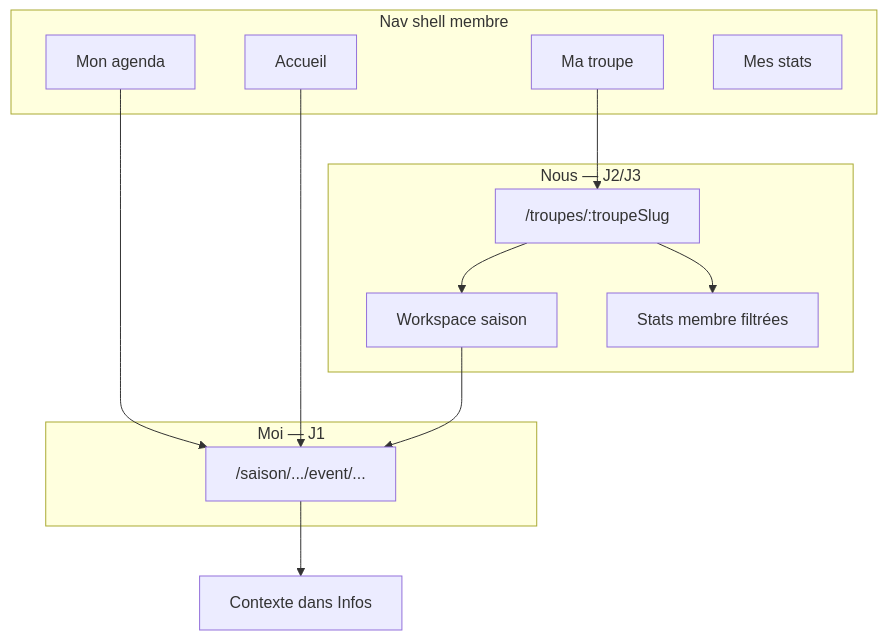
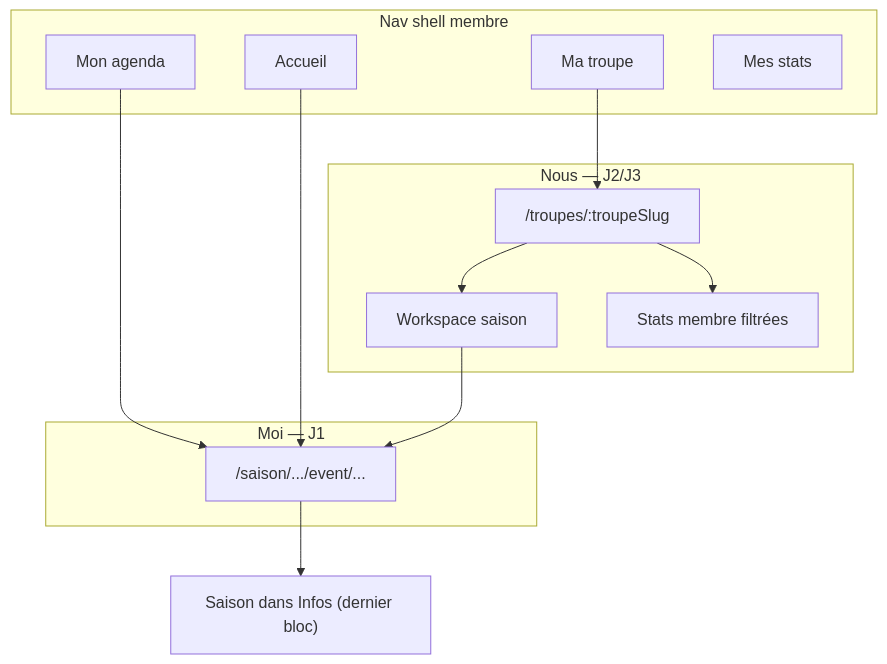
One commit to plamarque/hatcast changed the diagram in _bmad-output/planning-artifacts/ux-design-ma-troupe-hub.md. Above: the diagram before and after it, drawn with Mermaid. The commit also changed other lines of this file and 31 other files, not shown here.

````diff
--- a/_bmad-output/planning-artifacts/ux-design-ma-troupe-hub.md
+++ b/_bmad-output/planning-artifacts/ux-design-ma-troupe-hub.md
@@ -94,20 +95,20 @@
 ```mermaid
 flowchart TB
   subgraph nav [Nav shell membre]
     A[Accueil]
     B[Mon agenda]
     T[Ma troupe]
     S[Mes stats]
   end
   subgraph perso [Moi — J1]
     B --> Event["/saison/.../event/..."]
     A --> Event
   end
   subgraph collectif [Nous — J2/J3]
     T --> Hub["/troupes/:troupeSlug"]
     Hub --> WS["Workspace saison"]
     Hub --> StatsIndiv["Stats membre filtrées"]
   end
-  Event --> InfosCtx["Contexte dans Infos"]
+  Event --> InfosSaison["Saison dans Infos (dernier bloc)"]
   WS --> Event
 ```
````
